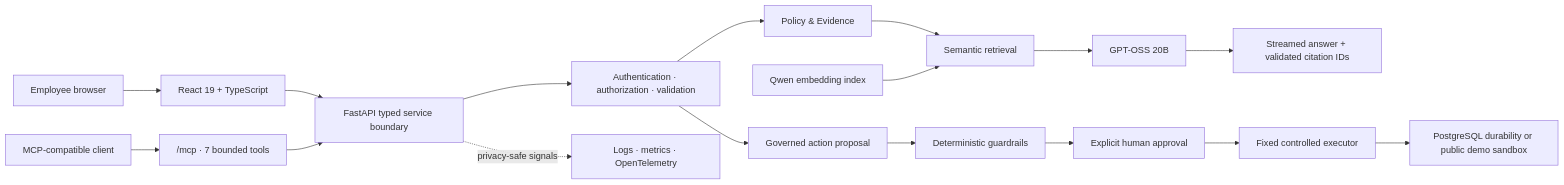
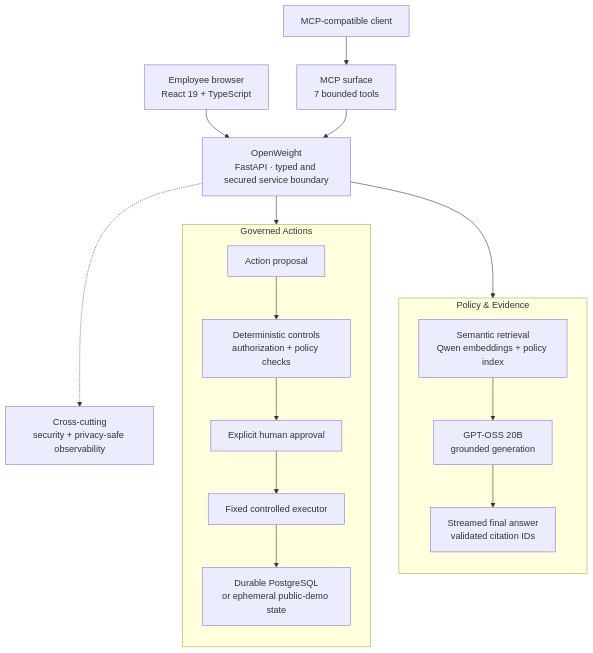
Before and after one commit to JosephATerry/openweight: the diagram in README.md, drawn with Mermaid. The commit also changed other lines of this file and 3 other files, not shown here.

Commit message:
Add recruiter-facing OpenWeight visuals

````diff
--- a/README.md
+++ b/README.md
@@ -82,23 +91,29 @@
 ```mermaid
-flowchart LR
-    browser["Employee browser"] --> react["React 19 + TypeScript"]
-    client["MCP-compatible client"] --> mcp["/mcp · 7 bounded tools"]
+flowchart TB
+    browser["Employee browser<br/>React 19 + TypeScript"]
+    client["MCP-compatible client"] --> mcp["MCP surface<br/>7 bounded tools"]
+    browser --> api["OpenWeight<br/>FastAPI · typed and secured service boundary"]
+    mcp --> api
 
-    react --> api["FastAPI typed service boundary"]
-    mcp --> api
-    api --> security["Authentication · authorization · validation"]
+    subgraph policy["Policy & Evidence"]
+        direction TB
+        retrieval["Semantic retrieval<br/>Qwen embeddings + policy index"]
+        gpt["GPT-OSS 20B<br/>grounded generation"]
+        answer["Streamed final answer<br/>validated citation IDs"]
+        retrieval --> gpt --> answer
+    end
 
-    security --> policy["Policy & Evidence"]
-    policy --> retrieval["Semantic retrieval"]
-    qwen["Qwen embedding index"] --> retrieval
-    retrieval --> gpt["GPT-OSS 20B"]
-    gpt --> answer["Streamed answer + validated citation IDs"]
+    subgraph actions["Governed Actions"]
+        direction TB
+        proposal["Action proposal"]
+        controls["Deterministic controls<br/>authorization + policy checks"]
+        approval["Explicit human approval"]
+        executor["Fixed controlled executor"]
+        state["Durable PostgreSQL<br/>or ephemeral public-demo state"]
+        proposal --> controls --> approval --> executor --> state
+    end
 
-    security --> proposal["Governed action proposal"]
-    proposal --> guard["Deterministic guardrails"]
-    guard --> approval["Explicit human approval"]
-    approval --> executor["Fixed controlled executor"]
-    executor --> state["PostgreSQL durability or public demo sandbox"]
-
-    api -. "privacy-safe signals" .-> telemetry["Logs · metrics · OpenTelemetry"]
+    api --> retrieval
+    api --> proposal
+    api -.-> crosscut["Cross-cutting<br/>security + privacy-safe observability"]
 ```
````
